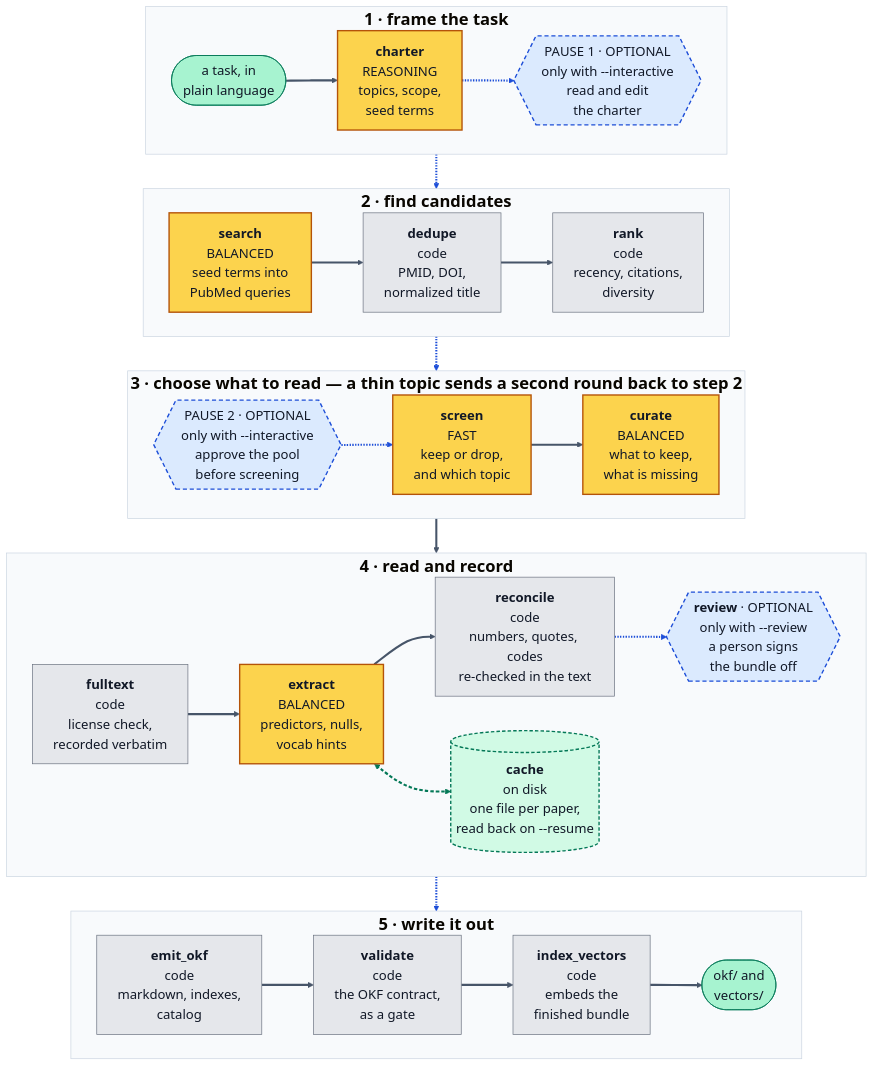
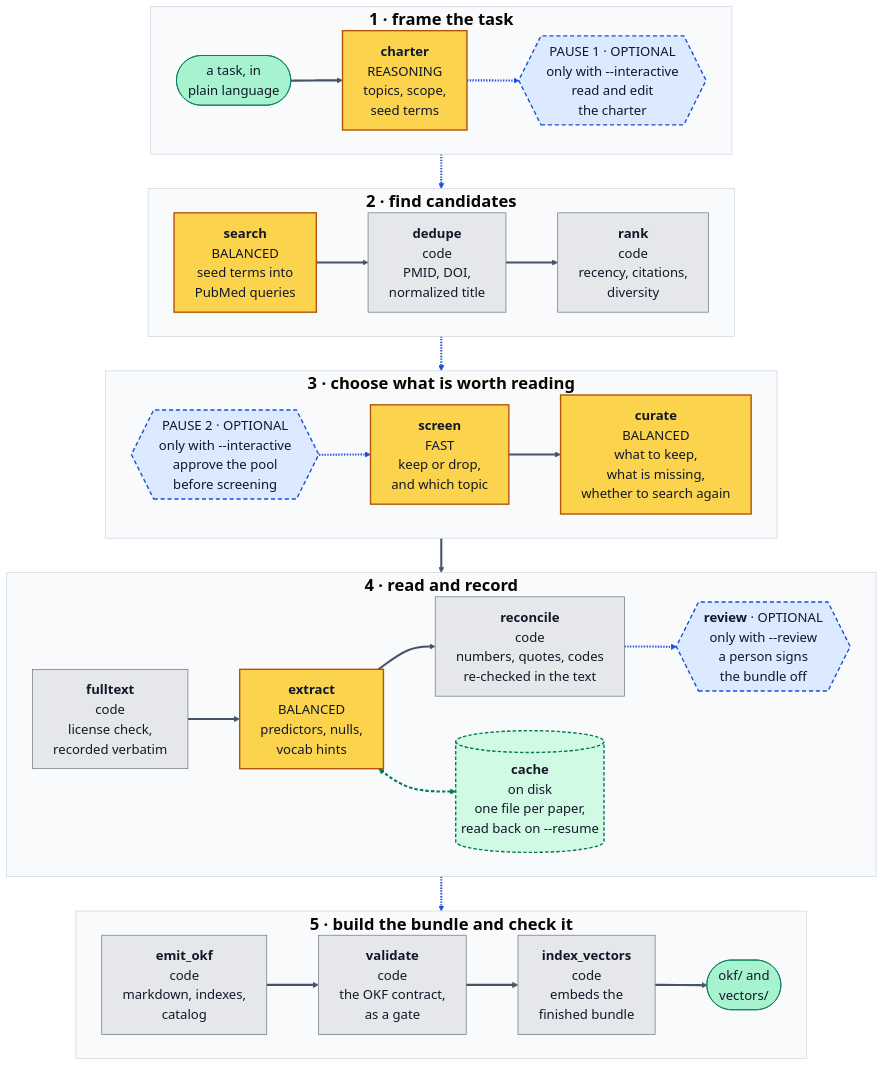
One commit to PFreda-Lab/okf-loremaster changed the diagram in README.md. Above: the diagram before and after it, drawn with Mermaid. The commit also changed other lines of this file, not shown here.

Commit message:
README: better titles for steps 3 and 5, and honest wrapping
"5 · write it out" said nothing about the step that gates the bundle on
the OKF contract; it is now "5 · build the bundle and check it".

"3 · choose what to read -- a thin topic sends a second round back to
step 2" had a clause doing an arrow's job. The loop is real -- curate
routes back to search -- so drawing it was tried first and reverted: one
backward edge is a cycle, dagre gives up on ranking the subgraphs
top-to-bottom, and the steps come out 3, 1, 2, 4, 5. Reading order is
the diagram's main asset. The branch moved onto curate's own label,
where the decision is made, and both conditions for taking it are now a
paragraph under the diagram.

flowchart.wrappingWidth goes to 260. At 19px the 200px default re-wrapped
labels past their authored <br/>, so curate rendered as "what to keep,
what is / missing, / whether to search / again". Every label here is
hand-broken; this makes those breaks the ones that survive.

````diff
--- a/README.md
+++ b/README.md
@@ -119,56 +119,56 @@
 ```mermaid
-%%{init: {"theme":"base","themeVariables":{"fontSize":"19px","lineColor":"#475569","primaryTextColor":"#111827"}}}%%
+%%{init: {"theme":"base","flowchart":{"wrappingWidth":260},"themeVariables":{"fontSize":"19px","lineColor":"#475569","primaryTextColor":"#111827"}}}%%
 flowchart TB
     subgraph r1 ["<span style='font-size:24px'><b>1 · frame the task</b></span>"]
         direction LR
         task(["a task, in<br/>plain language"]) --> charter["<b>charter</b><br/>REASONING<br/>topics, scope,<br/>seed terms"] -.-> p1{{"PAUSE 1 · OPTIONAL<br/>only with --interactive<br/>read and edit<br/>the charter"}}
     end
 
     subgraph r2 ["<span style='font-size:24px'><b>2 · find candidates</b></span>"]
         direction LR
         search["<b>search</b><br/>BALANCED<br/>seed terms into<br/>PubMed queries"] --> dedupe["<b>dedupe</b><br/>code<br/>PMID, DOI,<br/>normalized title"] --> rank["<b>rank</b><br/>code<br/>recency, citations,<br/>diversity"]
     end
 
-    subgraph r3 ["<span style='font-size:24px'><b>3 · choose what to read — a thin topic sends a second round back to step 2</b></span>"]
+    subgraph r3 ["<span style='font-size:24px'><b>3 · choose what is worth reading</b></span>"]
         direction LR
-        p2{{"PAUSE 2 · OPTIONAL<br/>only with --interactive<br/>approve the pool<br/>before screening"}} -.-> screen["<b>screen</b><br/>FAST<br/>keep or drop,<br/>and which topic"] --> curate["<b>curate</b><br/>BALANCED<br/>what to keep,<br/>what is missing"]
+        p2{{"PAUSE 2 · OPTIONAL<br/>only with --interactive<br/>approve the pool<br/>before screening"}} -.-> screen["<b>screen</b><br/>FAST<br/>keep or drop,<br/>and which topic"] --> curate["<b>curate</b><br/>BALANCED<br/>what to keep,<br/>what is missing,<br/>whether to search again"]
     end
 
     subgraph r4 ["<span style='font-size:24px'><b>4 · read and record</b></span>"]
         direction LR
         fulltext["<b>fulltext</b><br/>code<br/>license check,<br/>recorded verbatim"] --> extract["<b>extract</b><br/>BALANCED<br/>predictors, nulls,<br/>vocab hints"] --> reconcile["<b>reconcile</b><br/>code<br/>numbers, quotes, codes<br/>re-checked in the text"]
         cache[("<b>cache</b><br/>on disk<br/>one file per paper,<br/>read back on --resume")]
         review{{"<b>review</b> · OPTIONAL<br/>only with --review<br/>a person signs<br/>the bundle off"}}
     end
 
-    subgraph r5 ["<span style='font-size:24px'><b>5 · write it out</b></span>"]
+    subgraph r5 ["<span style='font-size:24px'><b>5 · build the bundle and check it</b></span>"]
         direction LR
         emit["<b>emit_okf</b><br/>code<br/>markdown, indexes,<br/>catalog"] --> validate["<b>validate</b><br/>code<br/>the OKF contract,<br/>as a gate"] --> vectors["<b>index_vectors</b><br/>code<br/>embeds the<br/>finished bundle"] --> out(["okf/ and<br/>vectors/"])
     end
 
     p1 -.-> search
     rank -.-> p2
     curate --> fulltext
     reconcile -.-> review
     review -.-> emit
     extract <--> cache
 
     linkStyle default stroke-width:3px
     linkStyle 1,4,11,12,14,15 stroke:#1d4ed8,stroke-width:3px
     linkStyle 16 stroke:#047857,stroke-width:3px,stroke-dasharray:5 3
     classDef agent fill:#fcd34d,stroke:#b45309,stroke-width:2px,color:#111827
     classDef code fill:#e5e7eb,stroke:#6b7280,color:#111827
     classDef human fill:#dbeafe,stroke:#1d4ed8,stroke-width:2px,stroke-dasharray:6 4,color:#111827
     classDef io fill:#a7f3d0,stroke:#047857,color:#111827
     classDef store fill:#d1fae5,stroke:#047857,stroke-width:2px,stroke-dasharray:5 3,color:#111827
     class charter,search,screen,curate,extract agent
     class dedupe,rank,fulltext,reconcile,emit,validate,vectors code
     class p1,p2,review human
     class task,out io
     class cache store
     style r1 fill:#f8fafc,stroke:#cbd5e1,color:#475569
     style r2 fill:#f8fafc,stroke:#cbd5e1,color:#475569
     style r3 fill:#f8fafc,stroke:#cbd5e1,color:#475569
     style r4 fill:#f8fafc,stroke:#cbd5e1,color:#475569
     style r5 fill:#f8fafc,stroke:#cbd5e1,color:#475569
 ```
````
